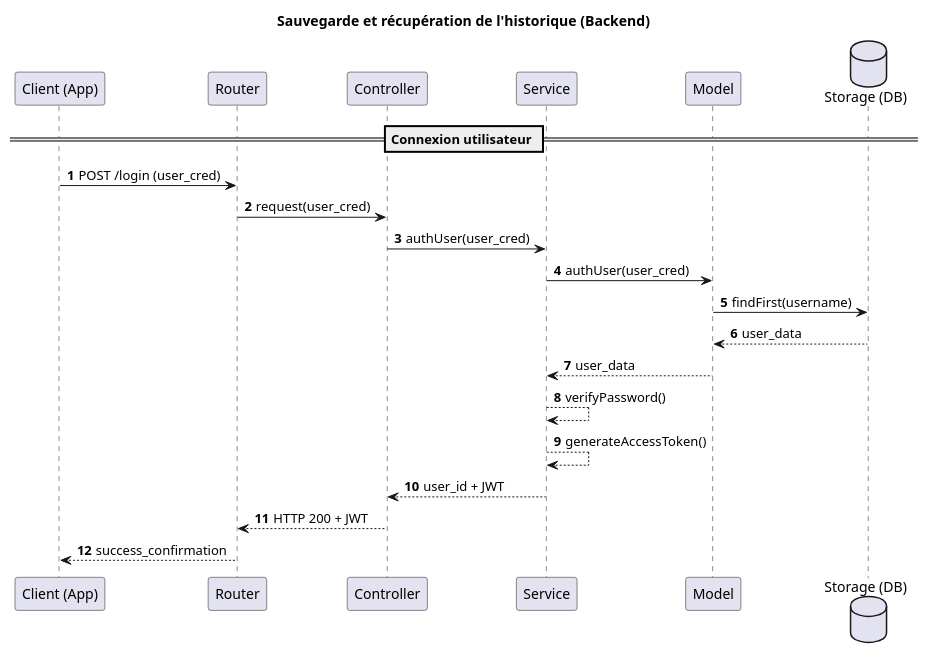
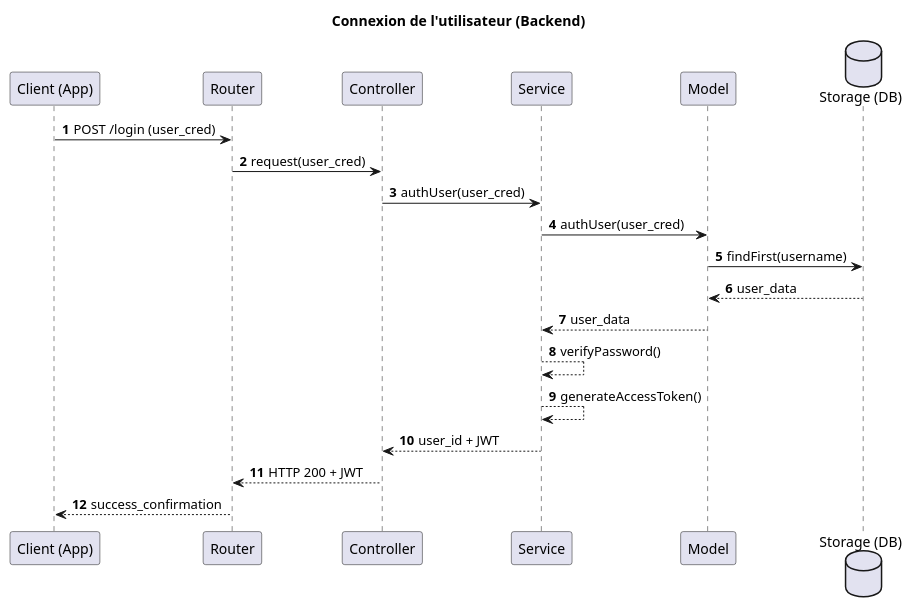
Before and after one commit to TPI2026-NewsGenerator/NewsGenerator-Backend: the diagram in docs/UML/login-sequence-diagram.puml, drawn with PlantUML. The commit also changed 2 other files, not shown here.

Commit message:
chore: update uml documentation

```diff
--- a/docs/UML/login-sequence-diagram.puml
+++ b/docs/UML/login-sequence-diagram.puml
@@ -1,27 +1,26 @@
 @startuml
-title Sauvegarde et récupération de l'historique (Backend)
+title Connexion de l'utilisateur (Backend)
 autonumber
 
 participant "Client (App)" as Client
 participant "Router" as Router
 participant "Controller" as Controller
 participant "Service" as Service
 participant "Model" as Model
 database "Storage (DB)" as Storage
 
-== Connexion utilisateur ==
 Client -> Router : POST /login (user_cred)
 Router -> Controller : request(user_cred)
 Controller -> Service : authUser(user_cred)
 Service -> Model : authUser(user_cred)
 Model -> Storage : findFirst(username)
 Storage --> Model : user_data
 Model --> Service : user_data
 Service --> Service : verifyPassword()
 Service --> Service : generateAccessToken()
 Service --> Controller : user_id + JWT
 Controller --> Router : HTTP 200 + JWT
 Router --> Client : success_confirmation
 
 
 @enduml
```
